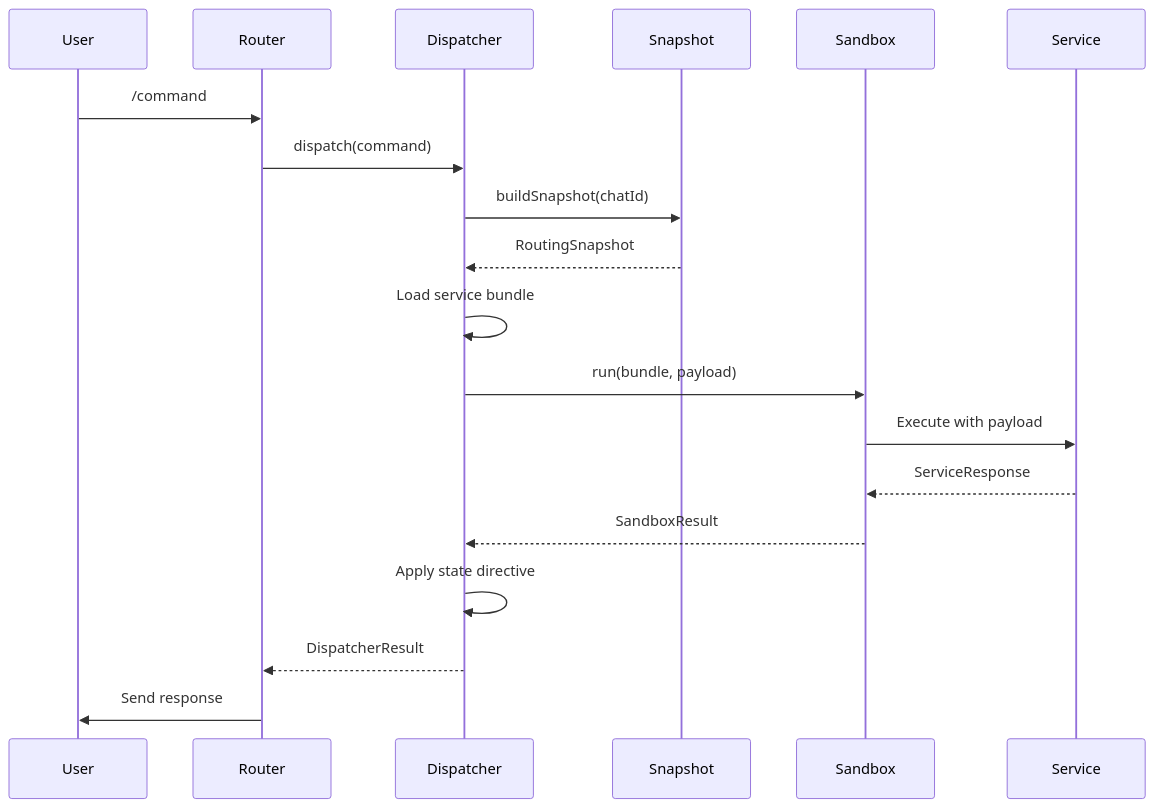
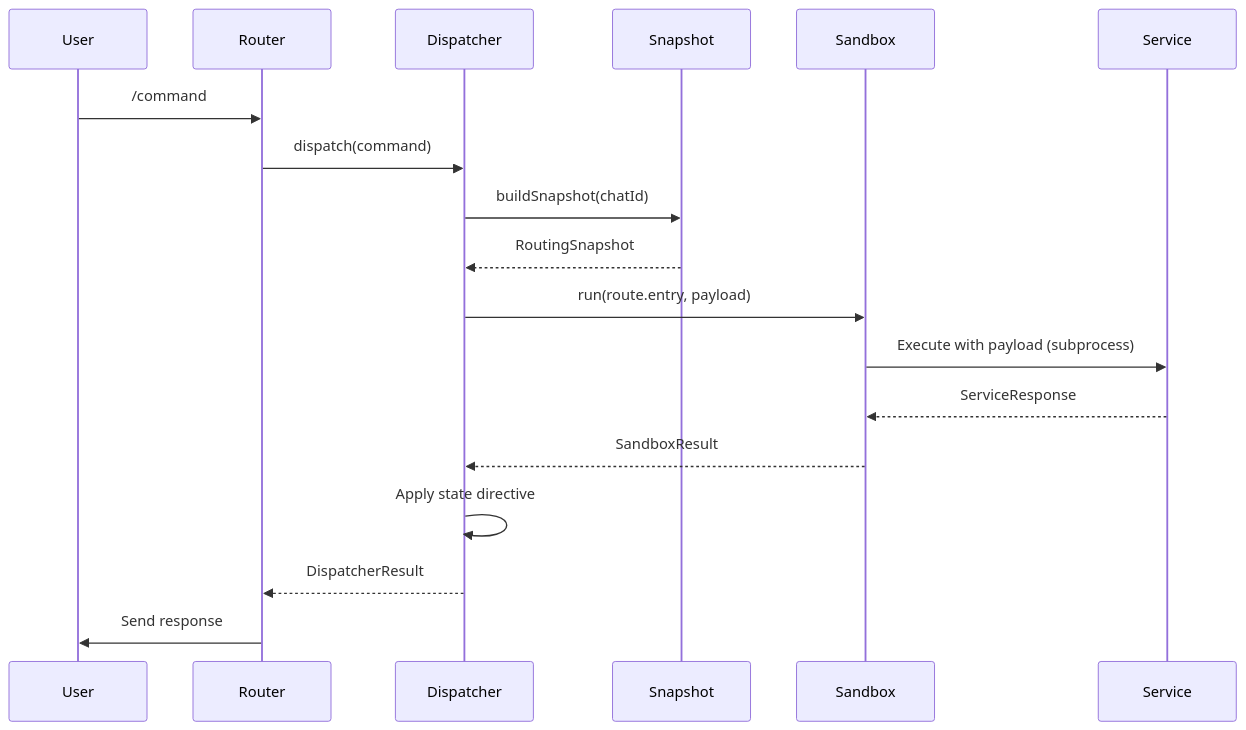
The third of 6 diagrams in docs/overview.md (gillohner/loombot_core), drawn with Mermaid before and after one commit. The commit also changed other lines of this file and 14 other files, not shown here.

````diff
--- a/docs/overview.md
+++ b/docs/overview.md
@@ -155,22 +155,21 @@
 ```mermaid
 sequenceDiagram
     participant User
     participant Router
     participant Dispatcher
     participant Snapshot
     participant Sandbox
     participant Service
     
     User->>Router: /command
     Router->>Dispatcher: dispatch(command)
     Dispatcher->>Snapshot: buildSnapshot(chatId)
     Snapshot-->>Dispatcher: RoutingSnapshot
-    Dispatcher->>Dispatcher: Load service bundle
-    Dispatcher->>Sandbox: run(bundle, payload)
-    Sandbox->>Service: Execute with payload
+    Dispatcher->>Sandbox: run(route.entry, payload)
+    Sandbox->>Service: Execute with payload (subprocess)
     Service-->>Sandbox: ServiceResponse
     Sandbox-->>Dispatcher: SandboxResult
     Dispatcher->>Dispatcher: Apply state directive
     Dispatcher-->>Router: DispatcherResult
     Router->>User: Send response
 ```
````
